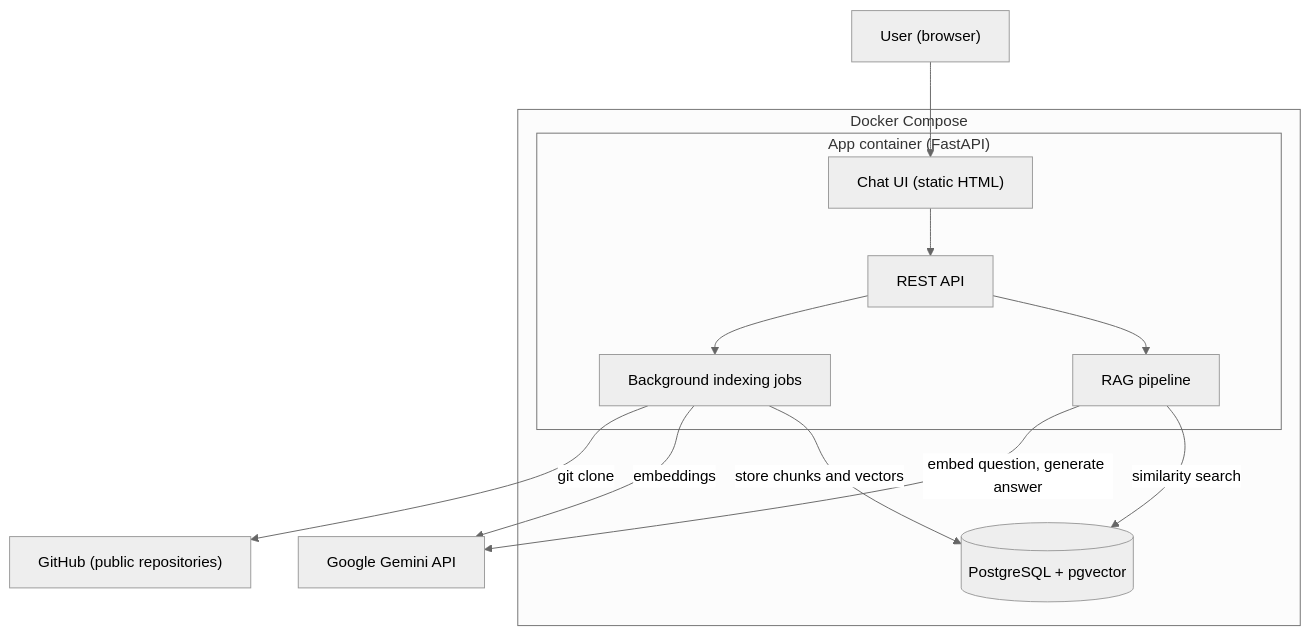
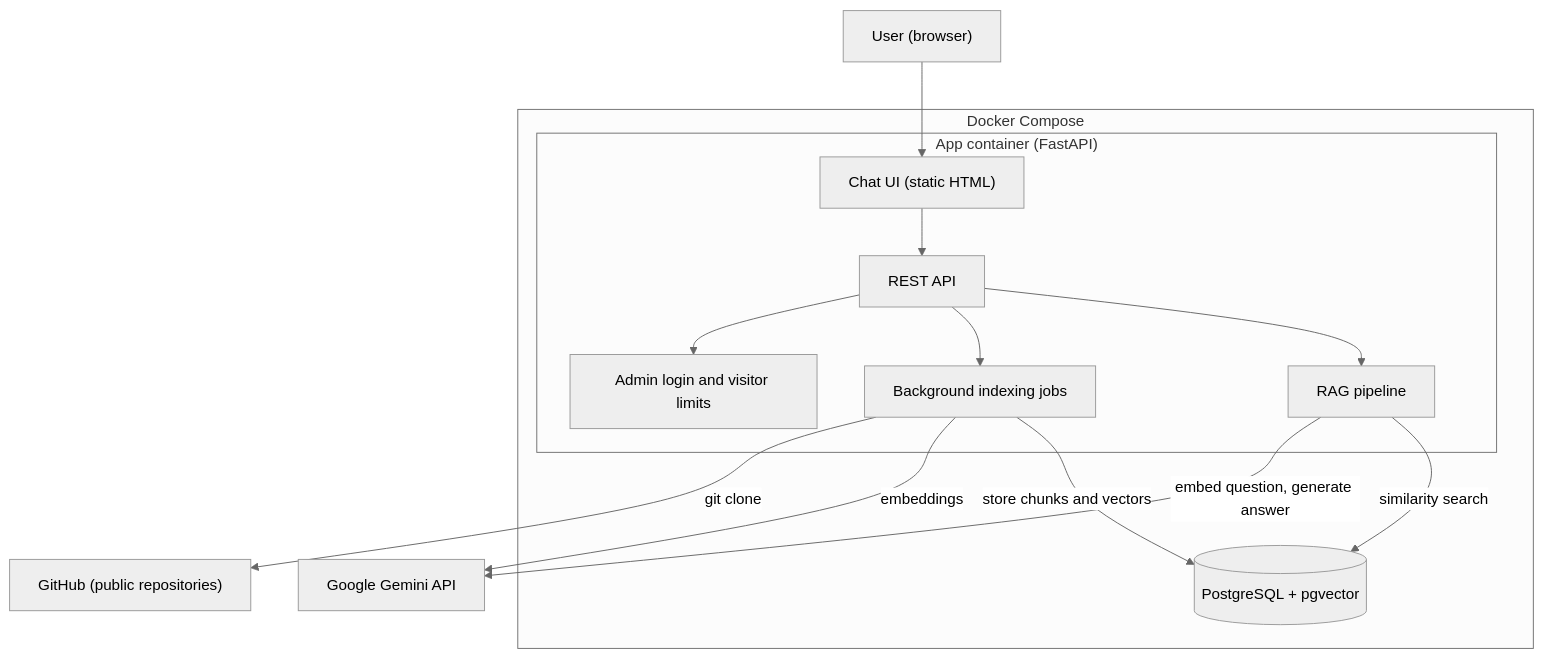
The first of 3 diagrams in README.md (ankitRaj925/CodeLens), drawn with Mermaid (neutral theme) before and after one commit. The commit also changed other lines of this file and 3 other files, not shown here.

````diff
--- a/README.md
+++ b/README.md
@@ -67,27 +64,29 @@
 ```mermaid
 flowchart TB
     User["User (browser)"]
 
     subgraph Docker["Docker Compose"]
         subgraph App["App container (FastAPI)"]
             UI["Chat UI (static HTML)"]
             API["REST API"]
+            Auth["Admin login and visitor limits"]
             Jobs["Background indexing jobs"]
             RAG["RAG pipeline"]
         end
         DB[("PostgreSQL + pgvector")]
     end
 
     GH["GitHub (public repositories)"]
     GEM["Google Gemini API"]
 
     User --> UI
     UI --> API
+    API --> Auth
     API --> Jobs
     API --> RAG
     Jobs -->|"git clone"| GH
     Jobs -->|"embeddings"| GEM
     Jobs -->|"store chunks and vectors"| DB
     RAG -->|"embed question, generate answer"| GEM
     RAG -->|"similarity search"| DB
 ```
````
